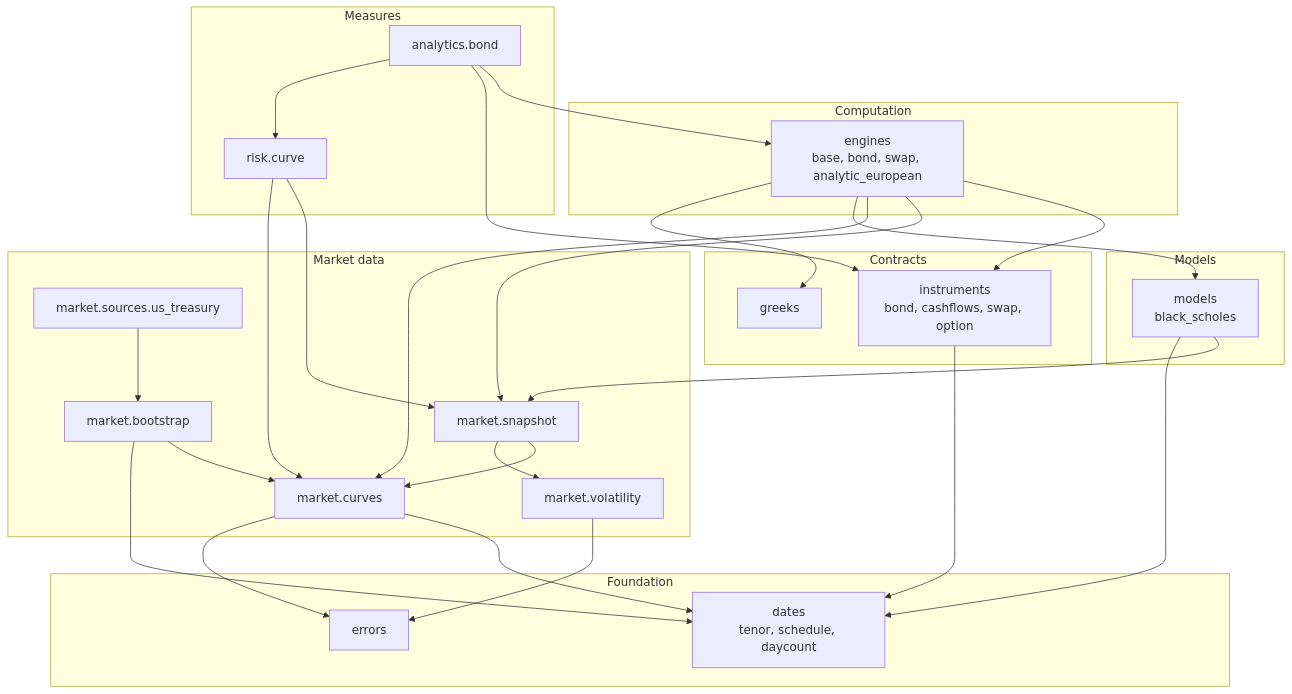
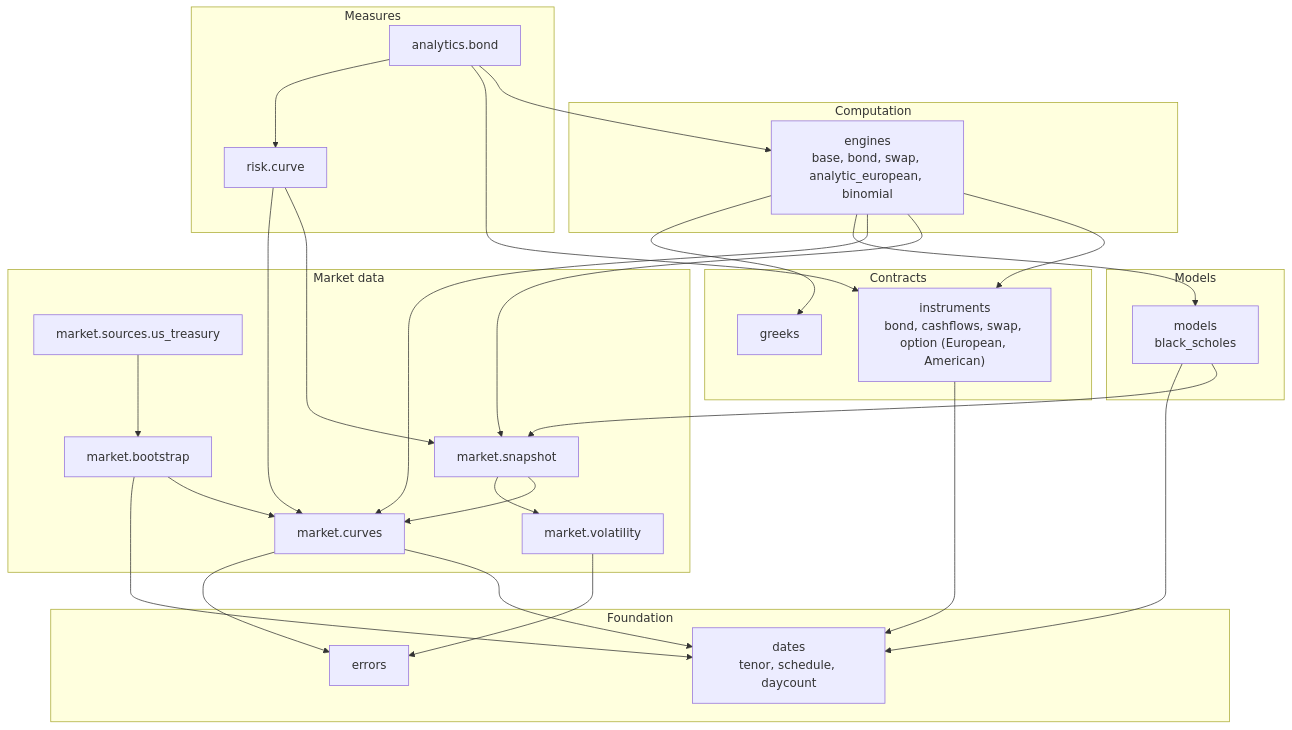
One commit to Djewiet/pricing-risk-engine changed the second of 2 diagrams in docs/architecture/index.md. Above: the diagram before and after it, drawn with Mermaid. The commit also changed 18 other files, not shown here.

````diff
--- a/docs/architecture/index.md
+++ b/docs/architecture/index.md
@@ -46,39 +46,39 @@
 ```mermaid
 flowchart TB
     subgraph L0["Foundation"]
         errors["errors"]
         dates["dates<br/>tenor, schedule, daycount"]
     end
     subgraph L1["Market data"]
         curves["market.curves"]
         vol["market.volatility"]
         boot["market.bootstrap"]
         snap["market.snapshot"]
         tsy["market.sources.us_treasury"]
     end
     subgraph L2["Contracts"]
-        instr["instruments<br/>bond, cashflows, swap, option"]
+        instr["instruments<br/>bond, cashflows, swap, option (European, American)"]
         greeks["greeks"]
     end
     subgraph LM["Models"]
         models["models<br/>black_scholes"]
     end
     subgraph L3["Computation"]
-        eng["engines<br/>base, bond, swap, analytic_european"]
+        eng["engines<br/>base, bond, swap, analytic_european, binomial"]
     end
     subgraph L4["Measures"]
         risk["risk.curve"]
         ana["analytics.bond"]
     end
 
     curves --> dates & errors
     vol --> errors
     boot --> curves & dates
     snap --> curves & vol
     tsy --> boot
     instr --> dates
     models --> snap & dates
     eng --> instr & snap & curves & models & greeks
     risk --> snap & curves
     ana --> eng & instr & risk
 ```
````
